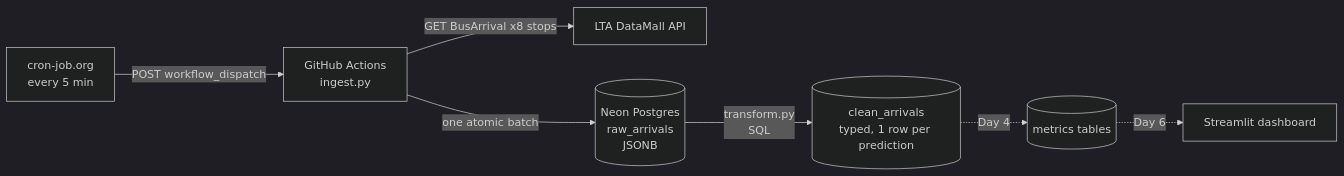
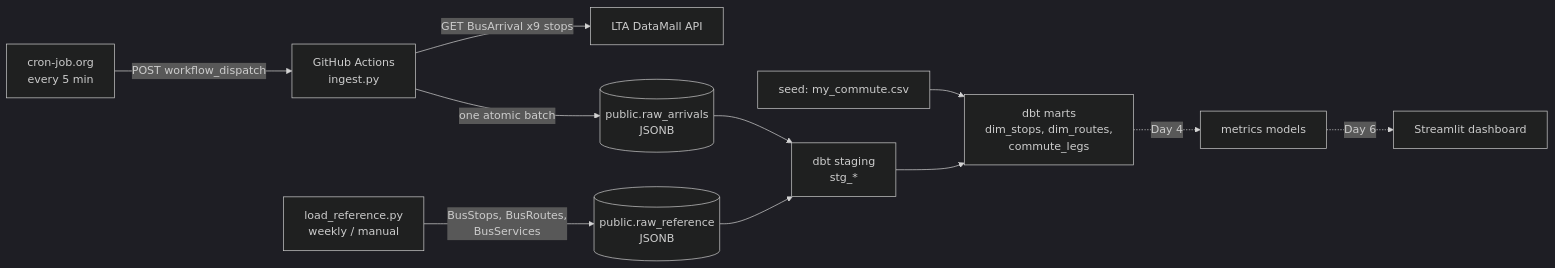
Before and after one commit to ryanzx-zone/sg-bus-reliability: the diagram in docs/PROJECT_LOG.md, drawn with Mermaid (dark theme). The commit also changed other lines of this file and 23 other files, not shown here.

First line of the commit message:
Move transformations to dbt; add LTA reference data and commute model

````diff
--- a/docs/PROJECT_LOG.md
+++ b/docs/PROJECT_LOG.md
@@ -27,9 +27,13 @@
 ```mermaid
 flowchart LR
     A[cron-job.org<br/>every 5 min] -->|POST workflow_dispatch| B[GitHub Actions<br/>ingest.py]
-    B -->|GET BusArrival x8 stops| C[LTA DataMall API]
-    B -->|one atomic batch| D[(Neon Postgres<br/>raw_arrivals<br/>JSONB)]
-    D -->|transform.py<br/>SQL| E[(clean_arrivals<br/>typed, 1 row per prediction)]
-    E -.->|Day 4| F[(metrics tables)]
+    B -->|GET BusArrival x9 stops| C[LTA DataMall API]
+    B -->|one atomic batch| D[(public.raw_arrivals<br/>JSONB)]
+    R[load_reference.py<br/>weekly / manual] -->|BusStops, BusRoutes,<br/>BusServices| D2[(public.raw_reference<br/>JSONB)]
+    D --> S[dbt staging<br/>stg_*]
+    D2 --> S
+    SEED[seed: my_commute.csv] --> M
+    S --> M[dbt marts<br/>dim_stops, dim_routes,<br/>commute_legs]
+    M -.->|Day 4| F[metrics models]
     F -.->|Day 6| G[Streamlit dashboard]
 ```
````
